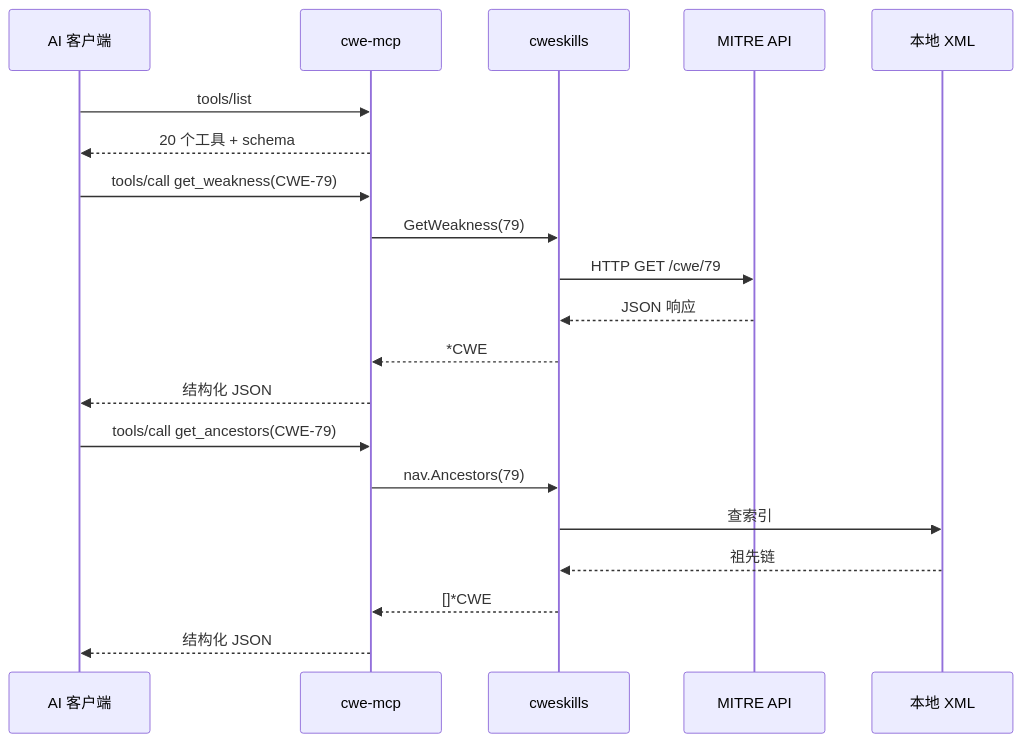
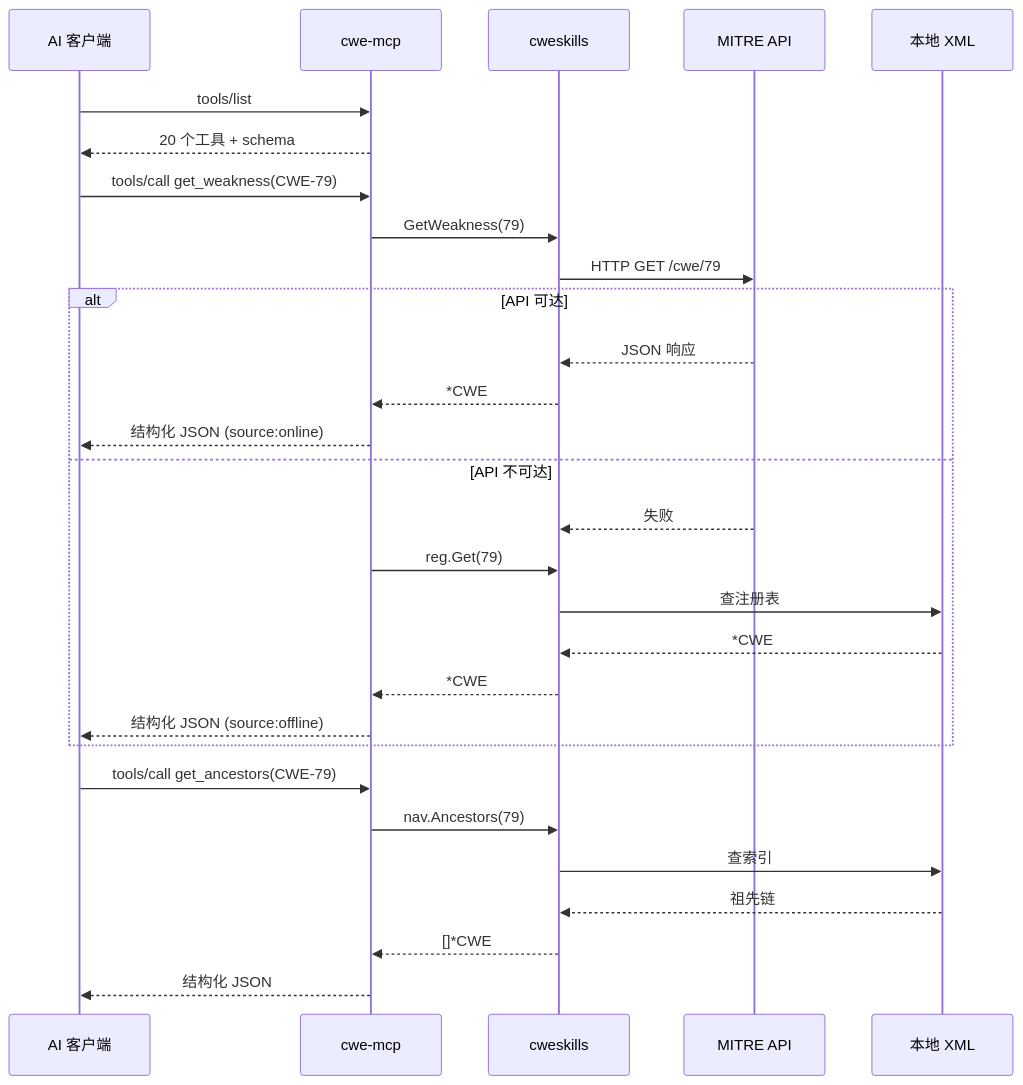
One commit to scagogogo/cwe-skills changed the second of 2 diagrams in website/guide/integration-mcp.md. Above: the diagram before and after it, drawn with Mermaid. The commit also changed other lines of this file and 2 other files, not shown here.

Commit message:
feat(mcp): get_weakness 在线失败时回退到离线 XML 注册表
- get_weakness 此前仅调 MITRE API，API 不可达（403/超时/无网络）时
  直接返回错误，AI 拿不到数据。现改为在线优先、失败回退离线注册表
  （若已 --xml 加载）：返回 {source:"online|offline", cwe, api_error?}
  让 AI 透明拿到数据，结果标识来源
- 无网络且无 XML 时返回复合错误，同时告知 API 失败原因与离线不可用原因
- CI 增加 get_weakness 回归断言（用 sample XML，断言返回 CWE-79 名称，
  兼容在线/离线两种路径）
- 文档同步：integration-mcp.md 工具表、注意事项、序列图（alt 分支
  展示在线/回退两条路径）

````diff
--- a/website/guide/integration-mcp.md
+++ b/website/guide/integration-mcp.md
@@ -147,25 +147,34 @@
 ```mermaid
 sequenceDiagram
     participant AI as AI 客户端
     participant MCP as cwe-mcp
     participant SDK as cweskills
     participant API as MITRE API
     participant XML as 本地 XML
 
     AI->>MCP: tools/list
     MCP-->>AI: 20 个工具 + schema
 
     AI->>MCP: tools/call get_weakness(CWE-79)
     MCP->>SDK: GetWeakness(79)
     SDK->>API: HTTP GET /cwe/79
-    API-->>SDK: JSON 响应
-    SDK-->>MCP: *CWE
-    MCP-->>AI: 结构化 JSON
+    alt API 可达
+        API-->>SDK: JSON 响应
+        SDK-->>MCP: *CWE
+        MCP-->>AI: 结构化 JSON (source:online)
+    else API 不可达
+        API-->>SDK: 失败
+        MCP->>SDK: reg.Get(79)
+        SDK->>XML: 查注册表
+        XML-->>SDK: *CWE
+        SDK-->>MCP: *CWE
+        MCP-->>AI: 结构化 JSON (source:offline)
+    end
 
     AI->>MCP: tools/call get_ancestors(CWE-79)
     MCP->>SDK: nav.Ancestors(79)
     SDK->>XML: 查索引
     XML-->>SDK: 祖先链
     SDK-->>MCP: []*CWE
     MCP-->>AI: 结构化 JSON
 ```
````
